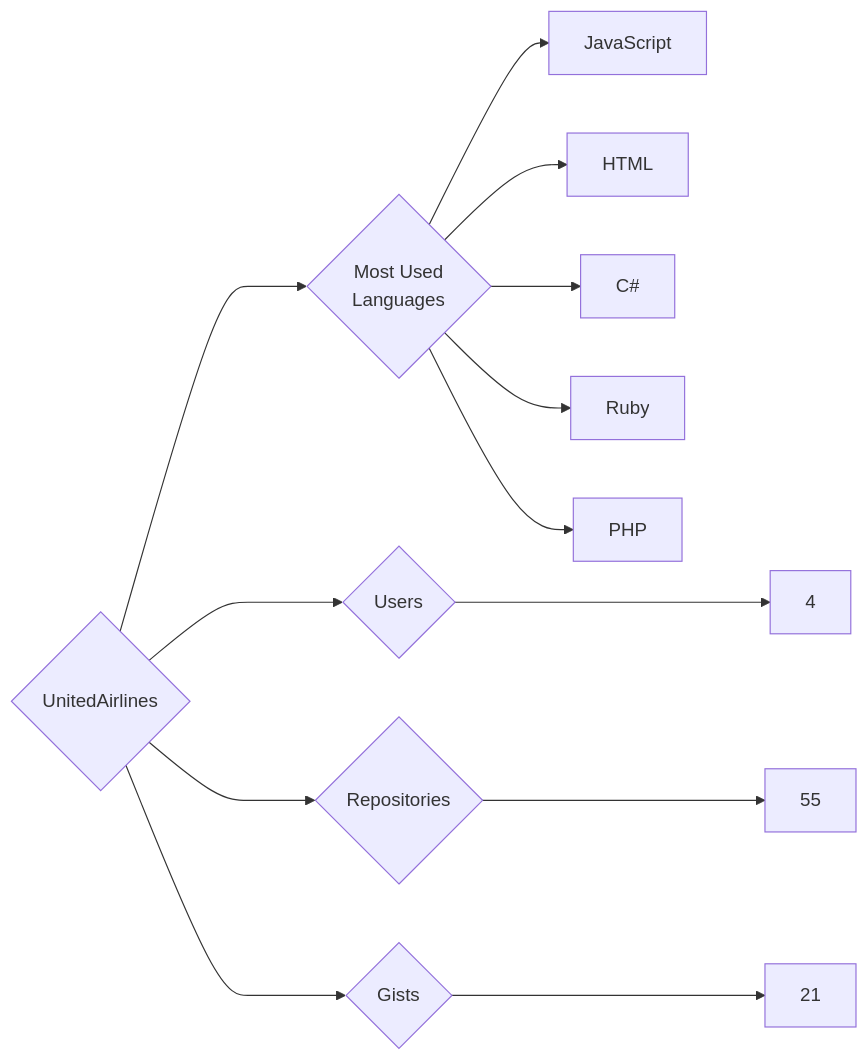
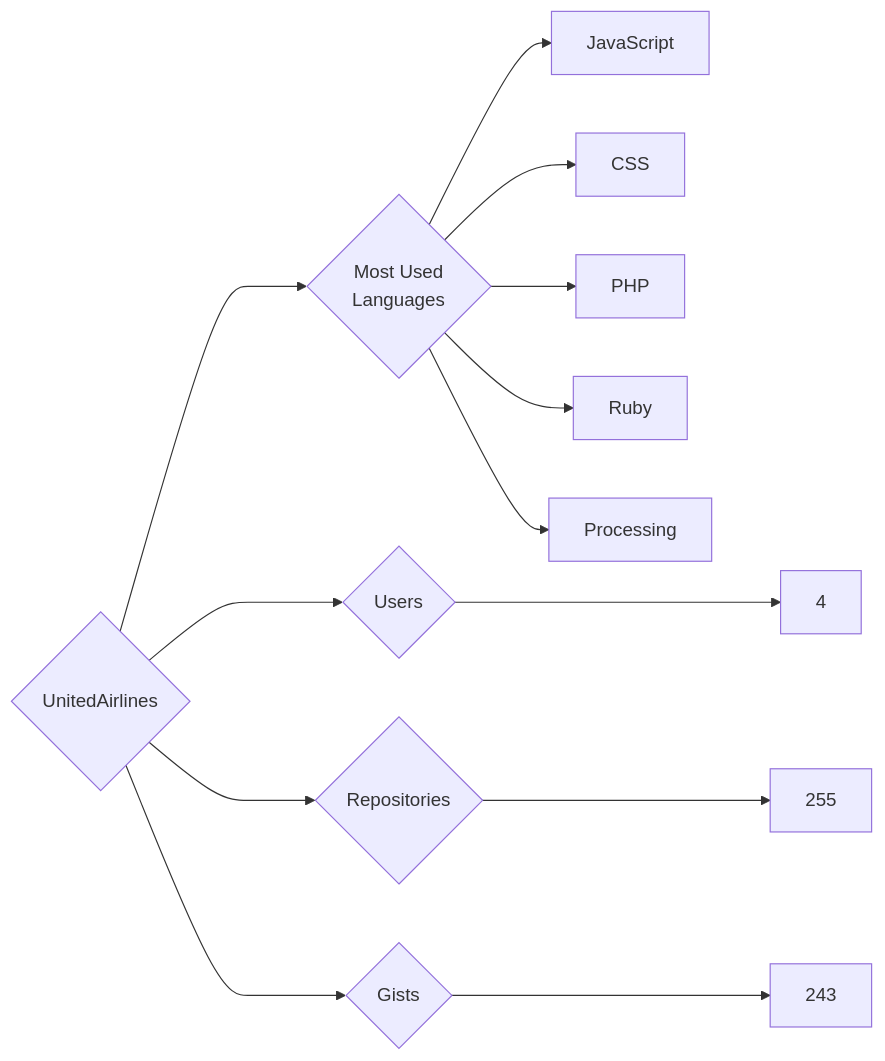
One commit to trickest/insiders changed the diagram in targets/UnitedAirlines/README.md. Above: the diagram before and after it, drawn with Mermaid. The commit also changed 1696 other files, not shown here.

````diff
--- a/targets/UnitedAirlines/README.md
+++ b/targets/UnitedAirlines/README.md
@@ -3,13 +3,13 @@
 ```mermaid
 graph LR
 COMPANY_NAME{UnitedAirlines}
 COMPANY_NAME ---> U{Users} ---> UN[4]
-COMPANY_NAME ---> R{Repositories} ---> RN[55]
-COMPANY_NAME ---> G{Gists} ---> GN[21]
+COMPANY_NAME ---> R{Repositories} ---> RN[255]
+COMPANY_NAME ---> G{Gists} ---> GN[243]
 COMPANY_NAME ---> ML{Most Used<br>Languages}
 ML --> JavaScript[JavaScript]
-ML --> HTML[HTML]
-ML --> C#[C#]
+ML --> CSS[CSS]
+ML --> PHP[PHP]
 ML --> Ruby[Ruby]
-ML --> PHP[PHP]
+ML --> Processing[Processing]
 ```
````
